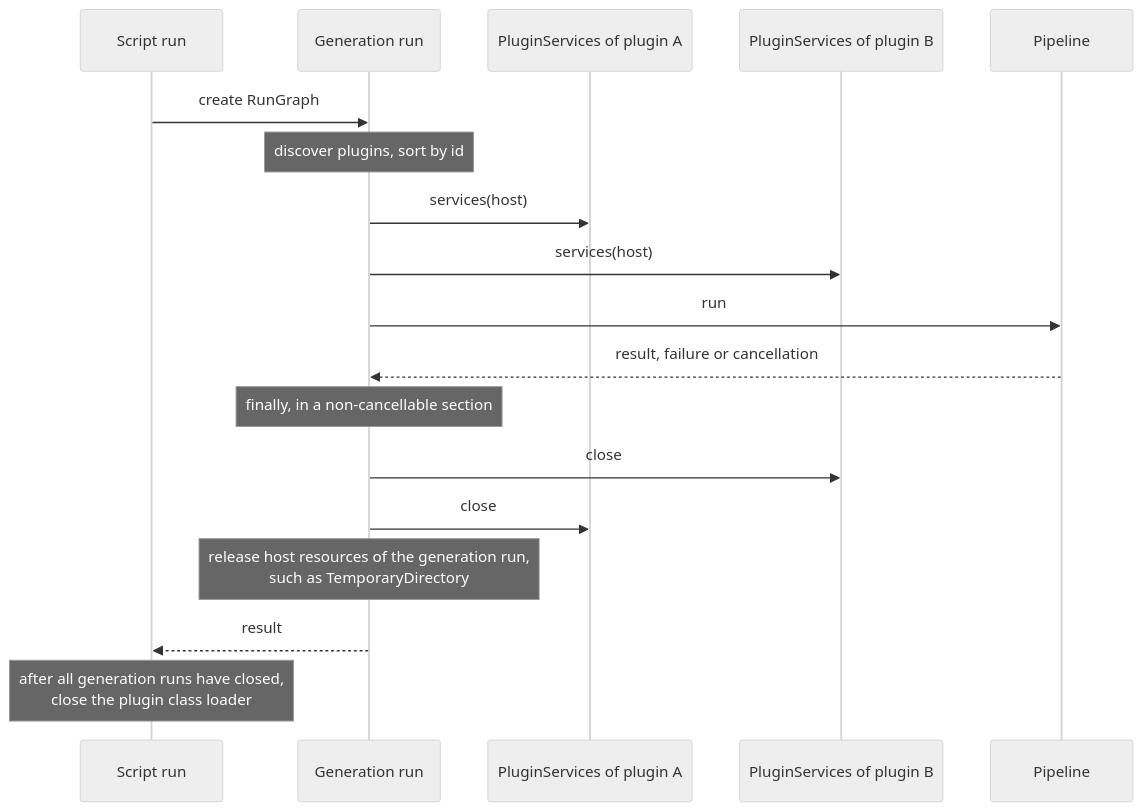
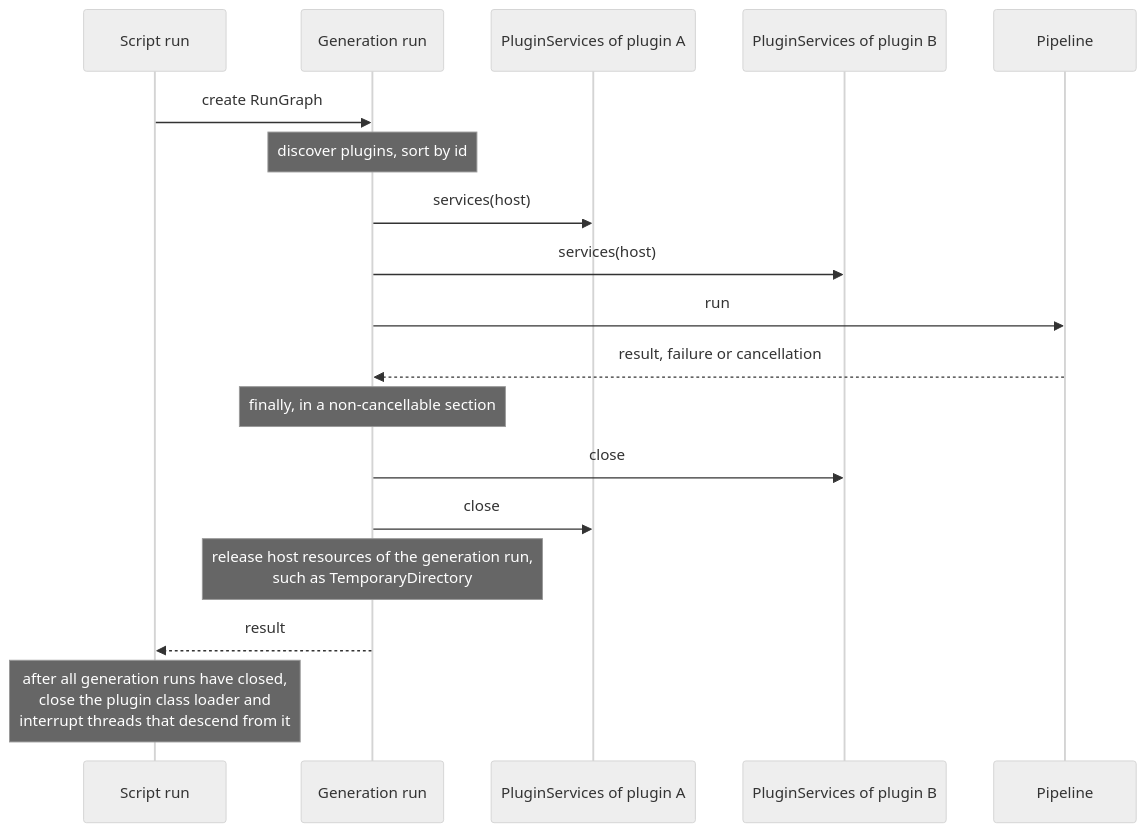
One commit to LMLiam/microsmith changed diagram 14 of 17 in docs/design/v4-dependency-injection.md. Above: the diagram before and after it, drawn with Mermaid (neutral theme). The commit also changed other lines of this file, not shown here.

First line of the commit message:
docs: record the Metro relocation and class loader spike results

````diff
--- a/docs/design/v4-dependency-injection.md
+++ b/docs/design/v4-dependency-injection.md
@@ -908,20 +933,20 @@
 ```mermaid
 sequenceDiagram
     participant Script as Script run
     participant Run as Generation run
     participant A as PluginServices of plugin A
     participant B as PluginServices of plugin B
     participant Pipe as Pipeline
     Script->>Run: create RunGraph
     Note over Run: discover plugins, sort by id
     Run->>A: services(host)
     Run->>B: services(host)
     Run->>Pipe: run
     Pipe-->>Run: result, failure or cancellation
     Note over Run: finally, in a non-cancellable section
     Run->>B: close
     Run->>A: close
     Note over Run: release host resources of the generation run,<br/>such as TemporaryDirectory
     Run-->>Script: result
-    Note over Script: after all generation runs have closed,<br/>close the plugin class loader
+    Note over Script: after all generation runs have closed,<br/>close the plugin class loader and<br/>interrupt threads that descend from it
 ```
````
